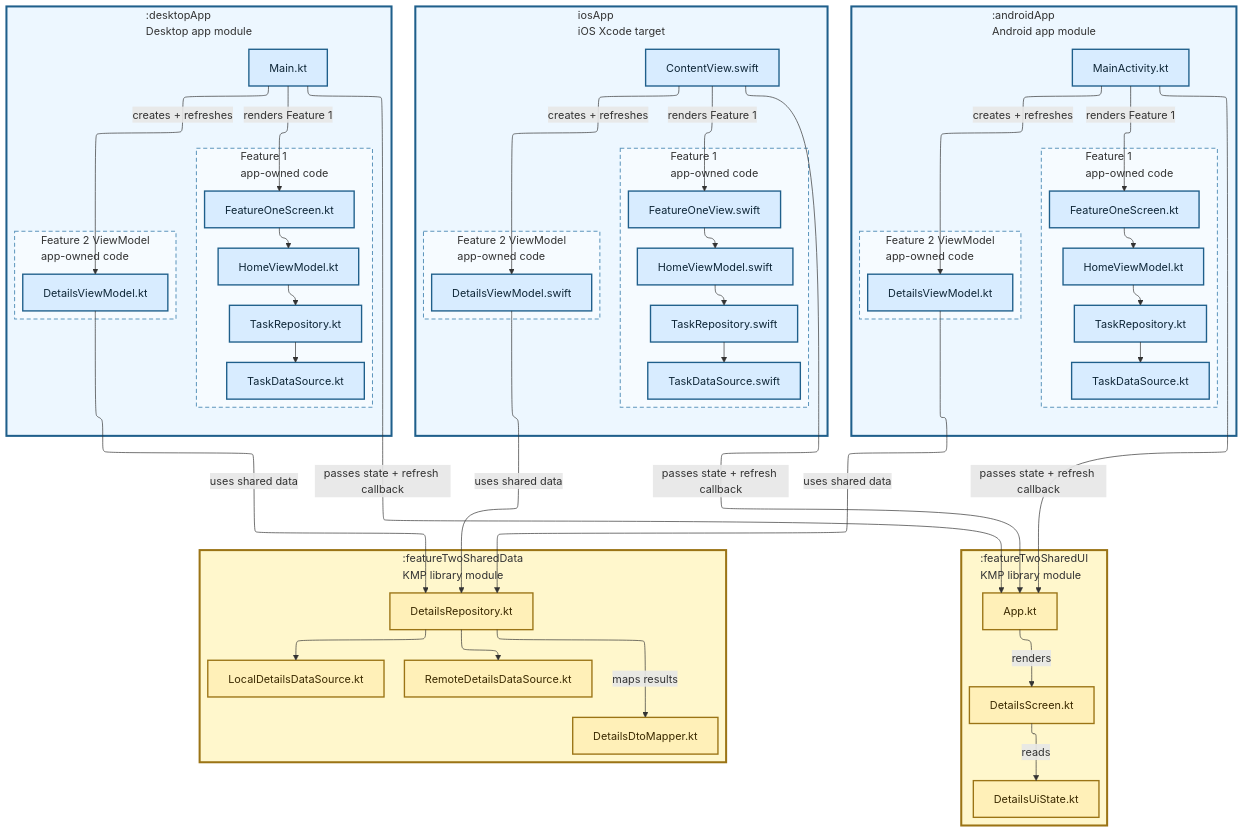
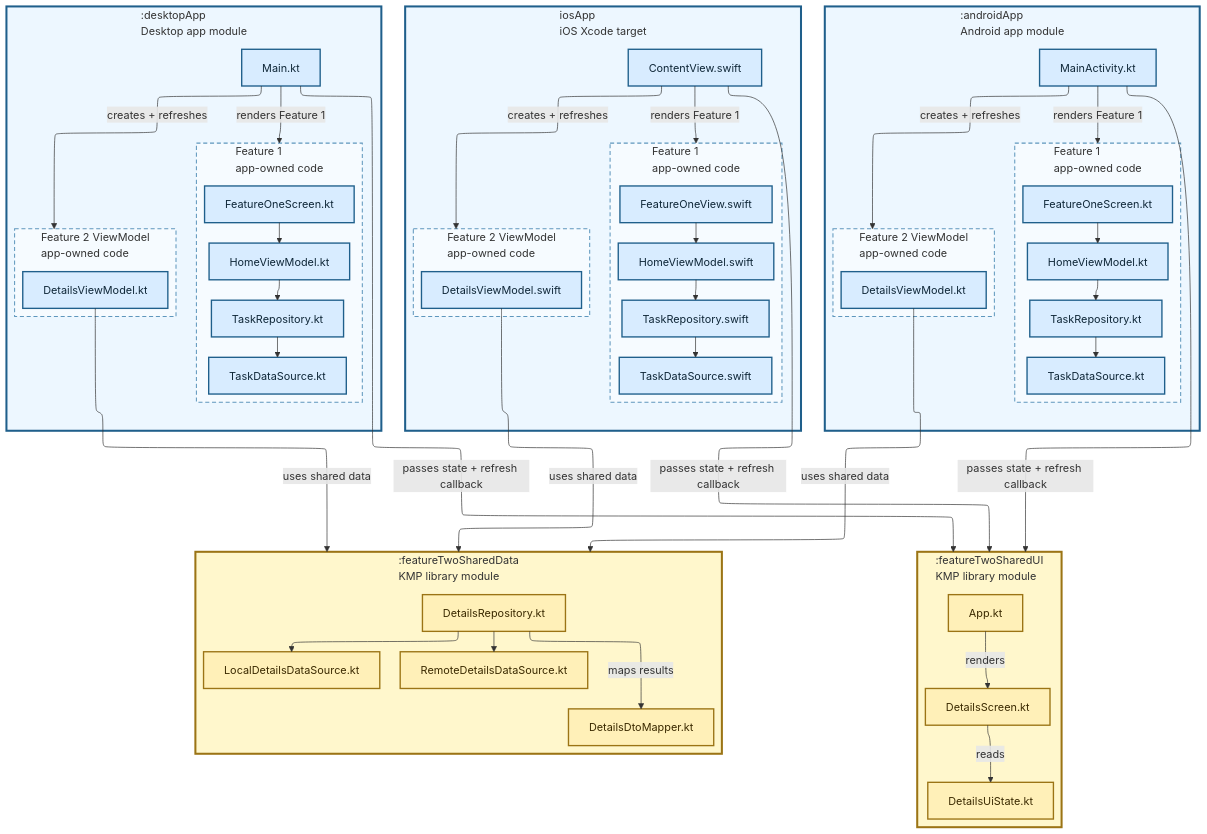
The diagram in diagrams/13-modular-kmp-ui-data-layer.md (TheSetox/kmp-sample-diagrams), drawn with Mermaid before and after one commit. The commit also changed 38 other files, not shown here.

Commit message:
docs: clarify diagram typography and routing

```diff
--- a/diagrams/13-modular-kmp-ui-data-layer.md
+++ b/diagrams/13-modular-kmp-ui-data-layer.md
@@ -25,8 +25,8 @@
       direction TB
       ADetailsVM["DetailsViewModel.kt"]
     end
-    AEntry -->|"renders Feature 1"| AHomeUI
-    AEntry -->|"creates + refreshes"| ADetailsVM
+    AEntry -->|"renders Feature 1"| AFeatureOne
+    AEntry -->|"creates + refreshes"| AFeatureTwo
   end
 
   subgraph IOS["iosApp\niOS Xcode target"]
@@ -44,8 +44,8 @@
       direction TB
       IDetailsVM["DetailsViewModel.swift"]
     end
-    IEntry -->|"renders Feature 1"| IHomeUI
-    IEntry -->|"creates + refreshes"| IDetailsVM
+    IEntry -->|"renders Feature 1"| IFeatureOne
+    IEntry -->|"creates + refreshes"| IFeatureTwo
   end
 
   subgraph Desktop[":desktopApp\nDesktop app module"]
@@ -63,8 +63,8 @@
       direction TB
       DDetailsVM["DetailsViewModel.kt"]
     end
-    DEntry -->|"renders Feature 1"| DHomeUI
-    DEntry -->|"creates + refreshes"| DDetailsVM
+    DEntry -->|"renders Feature 1"| DFeatureOne
+    DEntry -->|"creates + refreshes"| DFeatureTwo
   end
 
   subgraph UIKMP[":featureTwoSharedUI\nKMP library module"]
@@ -87,12 +87,12 @@
     Repository -->|"maps results"| Mapper
   end
 
-  DEntry -->|"passes state + refresh callback"| App
-  IEntry -->|"passes state + refresh callback"| App
-  AEntry -->|"passes state + refresh callback"| App
-  DDetailsVM -->|"uses shared data"| Repository
-  IDetailsVM -->|"uses shared data"| Repository
-  ADetailsVM -->|"uses shared data"| Repository
+  DEntry -->|"passes state + refresh callback"| UIKMP
+  IEntry -->|"passes state + refresh callback"| UIKMP
+  AEntry -->|"passes state + refresh callback"| UIKMP
+  DDetailsVM -->|"uses shared data"| DataKMP
+  IDetailsVM -->|"uses shared data"| DataKMP
+  ADetailsVM -->|"uses shared data"| DataKMP
 
   classDef app fill:#d8ecff,stroke:#1f5f8b,color:#0f2738,stroke-width:2px;
   classDef kmp fill:#fff0b8,stroke:#9b7415,color:#3b2a00,stroke-width:2px;
```
